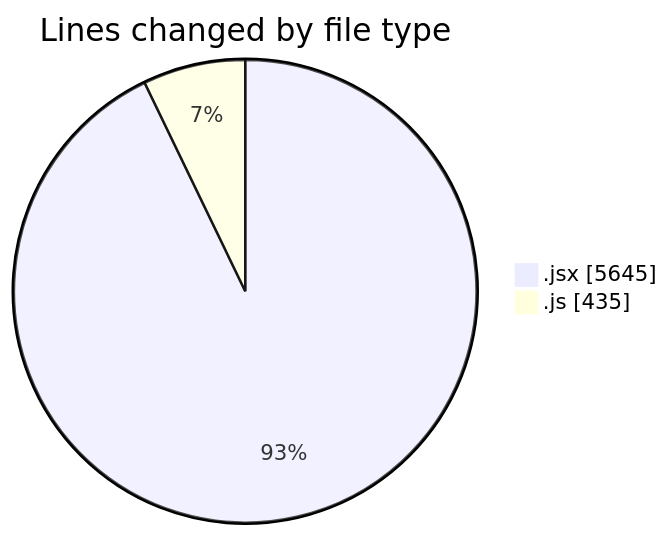
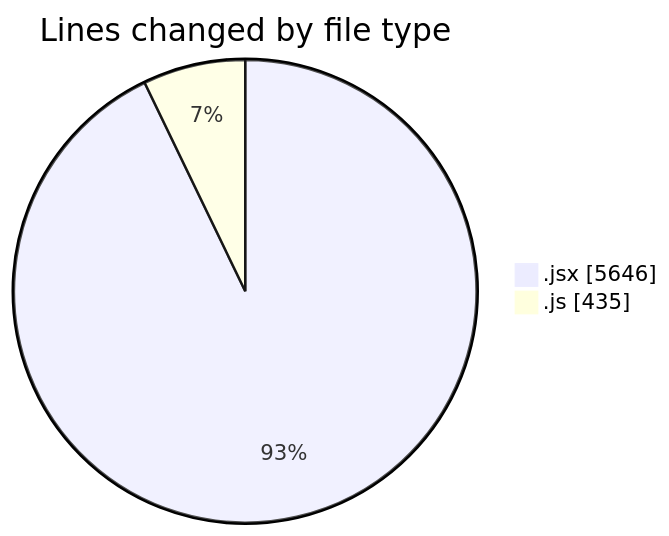
The first of 2 diagrams in 2025-12-11/nxtqube_webapp/README.md (nxtqubesakshisongat/code-tracking), drawn with Mermaid before and after one commit. The commit also changed other lines of this file and 1 other file, not shown here.

````diff
--- a/2025-12-11/nxtqube_webapp/README.md
+++ b/2025-12-11/nxtqube_webapp/README.md
@@ -31,6 +31,6 @@
 ```mermaid
 pie showData
 title Lines changed by file type
-".jsx" : 5645
+".jsx" : 5646
 ".js" : 435
 ```
````
